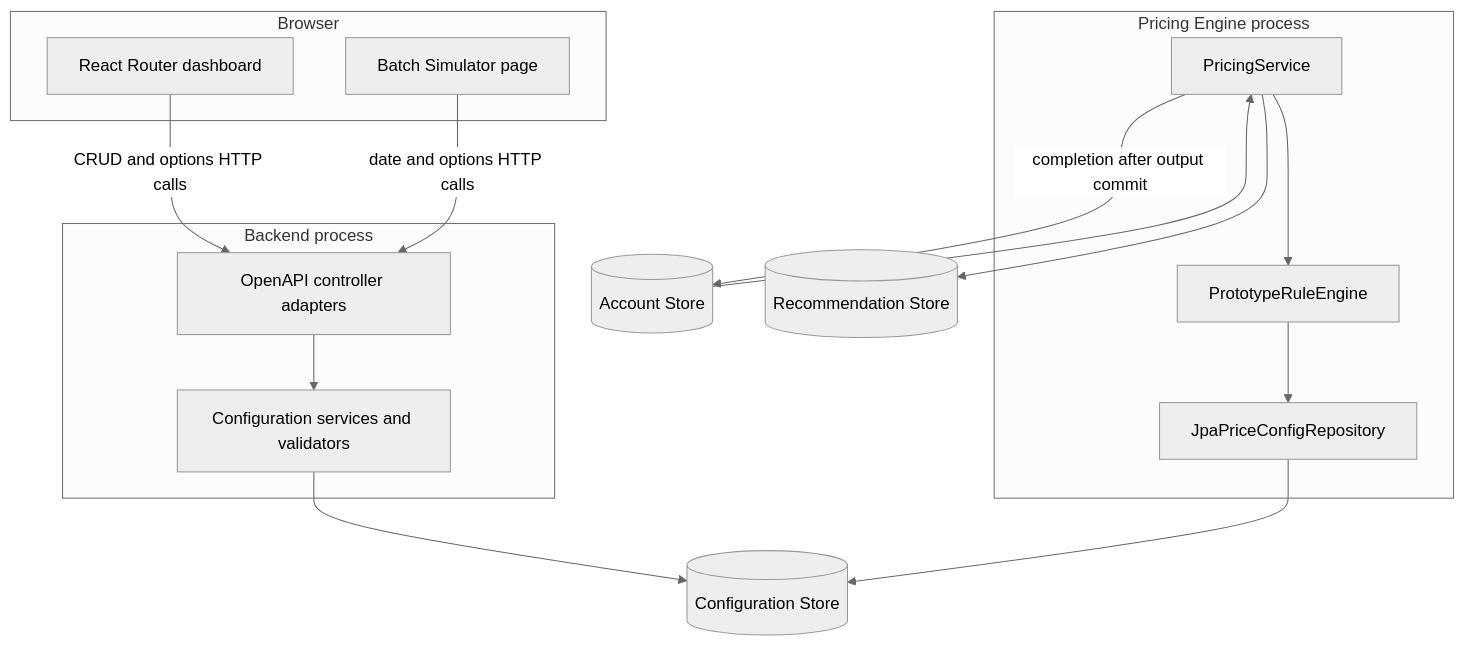
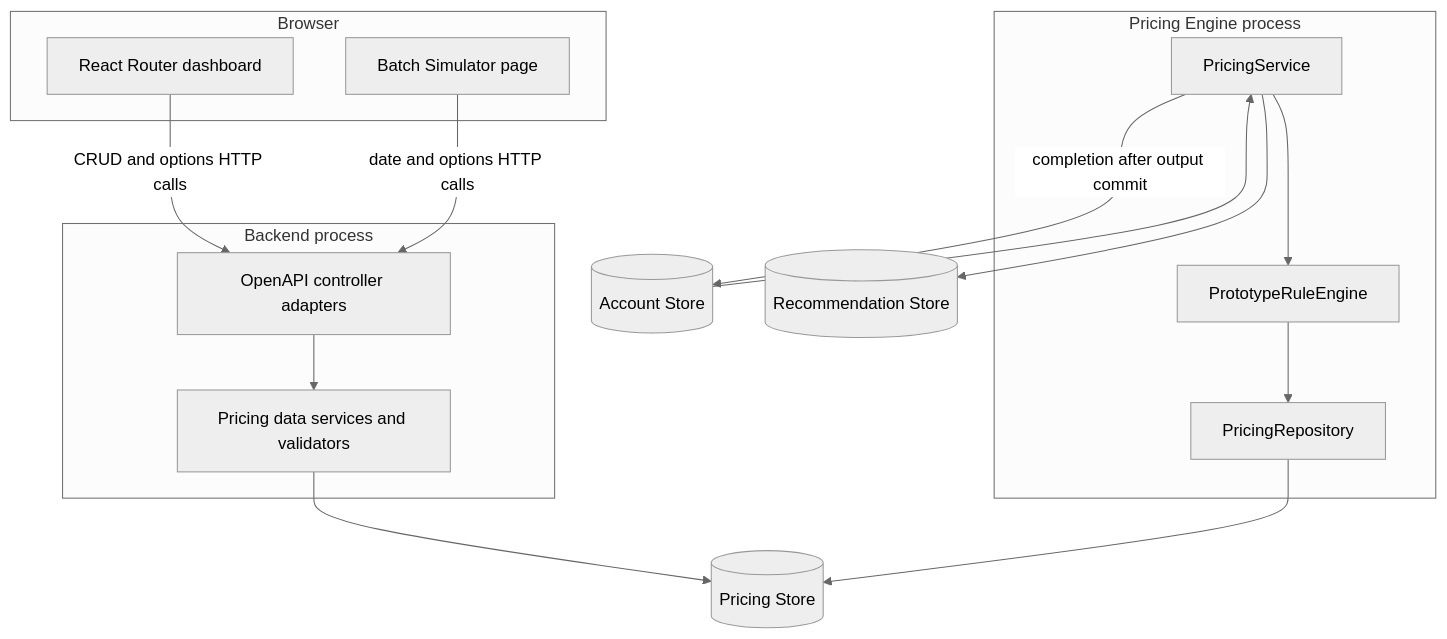
The diagram in docs/agents/wiki/02 Architecture/System Overview.md (DerekThree/pricing-app), drawn with Mermaid (neutral theme) before and after one commit. The commit also changed other lines of this file and 26 other files, not shown here.

````diff
--- a/docs/agents/wiki/02 Architecture/System Overview.md
+++ b/docs/agents/wiki/02 Architecture/System Overview.md
@@ -22,33 +22,33 @@
 ```mermaid
 flowchart TB
     subgraph Browser
         UI[React Router dashboard]
         Simulator[Batch Simulator page]
     end
 
     subgraph Backend process
         Controllers[OpenAPI controller adapters]
-        Services[Configuration services and validators]
+        Services[Pricing data services and validators]
     end
 
     subgraph Pricing Engine process
         Pricing[PricingService]
         Engine[PrototypeRuleEngine]
-        Adapter[JpaPriceConfigRepository]
+        Adapter[PricingRepository]
     end
 
-    DB[(Configuration Store)]
+    DB[(Pricing Store)]
     Accounts[(Account Store)]
     Recommendations[(Recommendation Store)]
 
     UI -->|CRUD and options HTTP calls| Controllers
     Simulator -->|date and options HTTP calls| Controllers
     Controllers --> Services
     Services --> DB
     Accounts --> Pricing
     Pricing --> Engine
     Pricing --> Recommendations
     Pricing -->|completion after output commit| Accounts
     Engine --> Adapter
     Adapter --> DB
 ```
````
